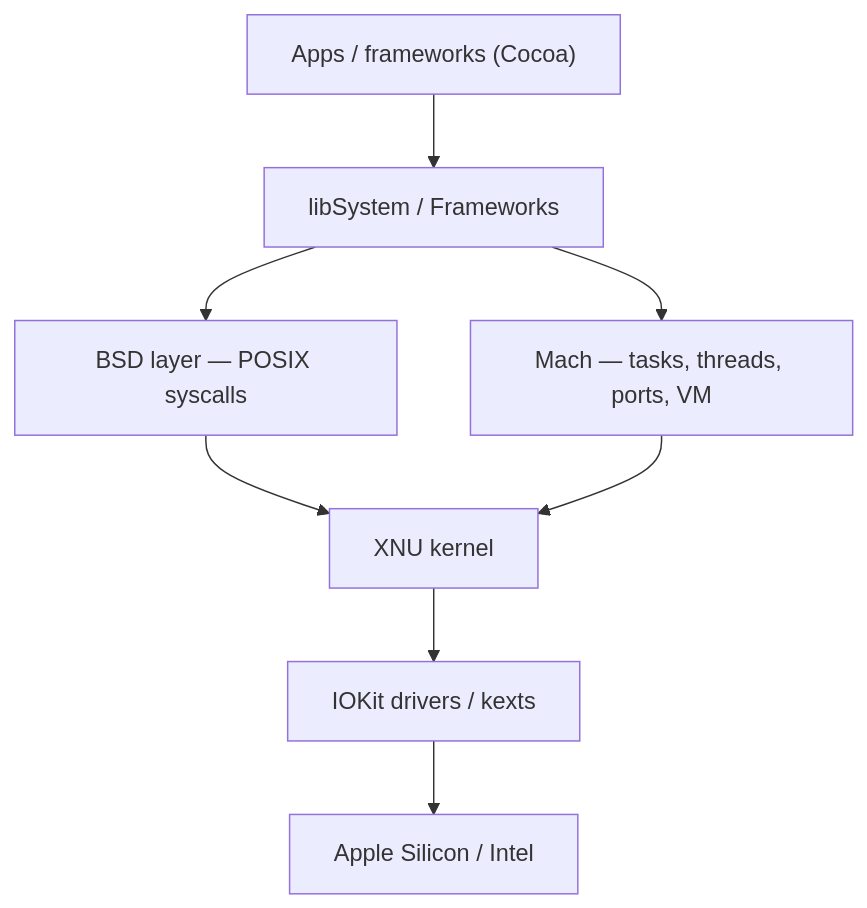
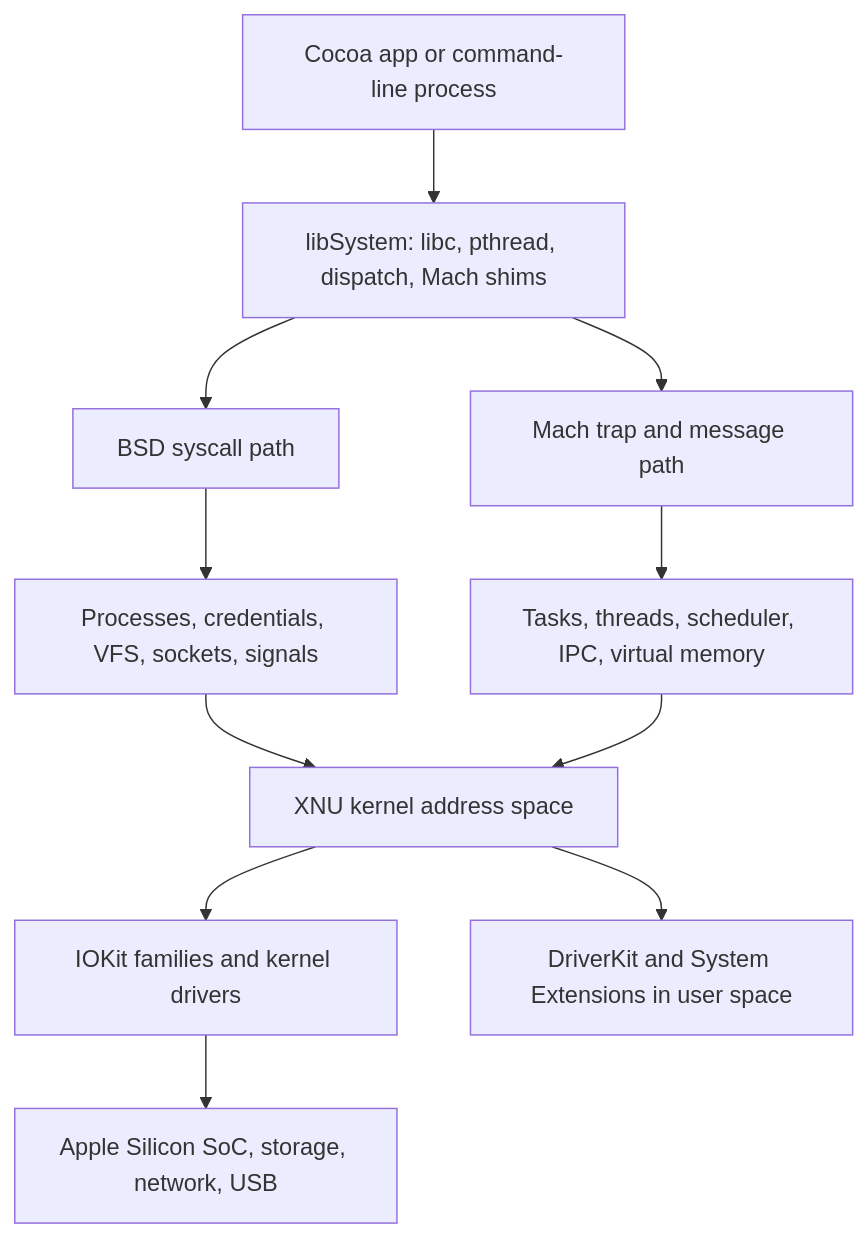
The diagram in OS Internals/macOS Darwin and XNU Kernel.md (s4l1hs/cybersec-crook2root-notes), drawn with Mermaid before and after one commit. The commit also changed other lines of this file and 302 other files, not shown here.

````diff
--- a/OS Internals/macOS Darwin and XNU Kernel.md
+++ b/OS Internals/macOS Darwin and XNU Kernel.md
@@ -25,8 +34,13 @@
 ```mermaid
-flowchart TD
-    APP["Apps / frameworks (Cocoa)"] --> LIBS["libSystem / Frameworks"]
-    LIBS --> BSD["BSD layer — POSIX syscalls"]
-    LIBS --> MACH["Mach — tasks, threads, ports, VM"]
-    BSD --> XNU["XNU kernel"]; MACH --> XNU
-    XNU --> IOK["IOKit drivers / kexts"] --> HW["Apple Silicon / Intel"]
+flowchart TB
+    A["Cocoa app or command-line process"] --> L["libSystem: libc, pthread, dispatch, Mach shims"]
+    L --> B["BSD syscall path"]
+    L --> M["Mach trap and message path"]
+    B --> P["Processes, credentials, VFS, sockets, signals"]
+    M --> T["Tasks, threads, scheduler, IPC, virtual memory"]
+    P --> X["XNU kernel address space"]
+    T --> X
+    X --> I["IOKit families and kernel drivers"]
+    I --> H["Apple Silicon SoC, storage, network, USB"]
+    X --> D["DriverKit and System Extensions in user space"]
 ```
````
